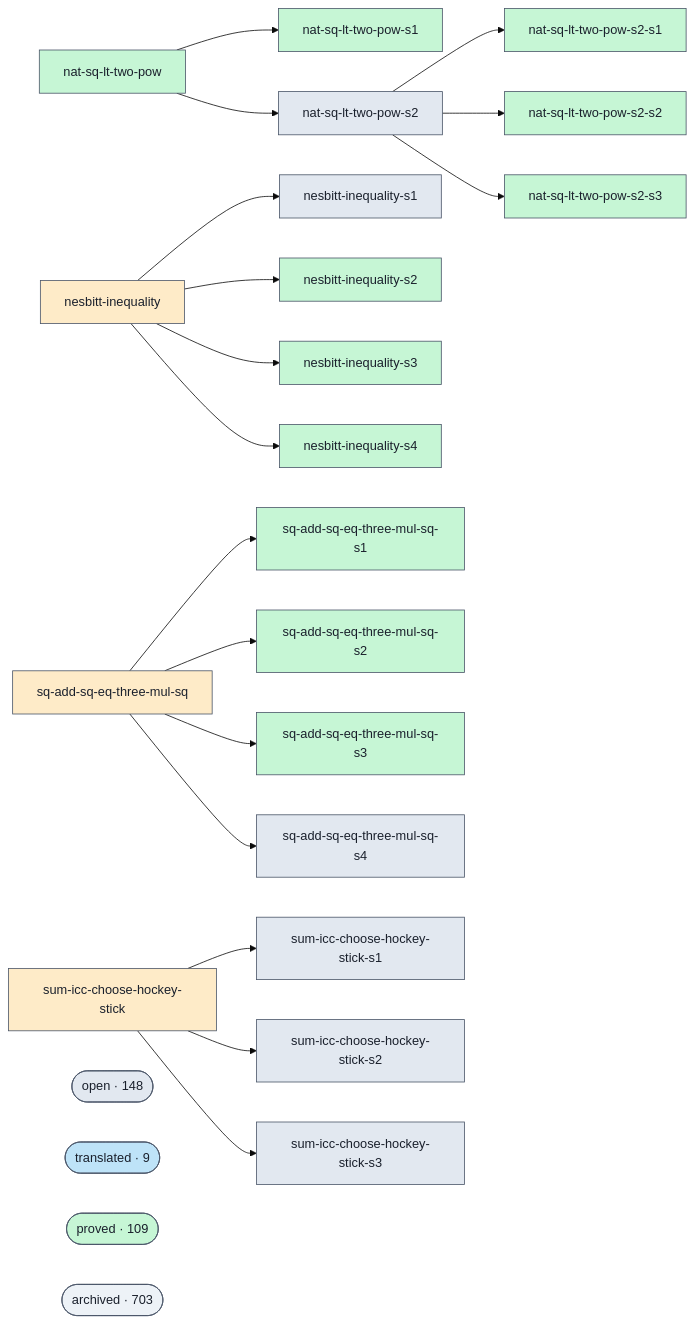
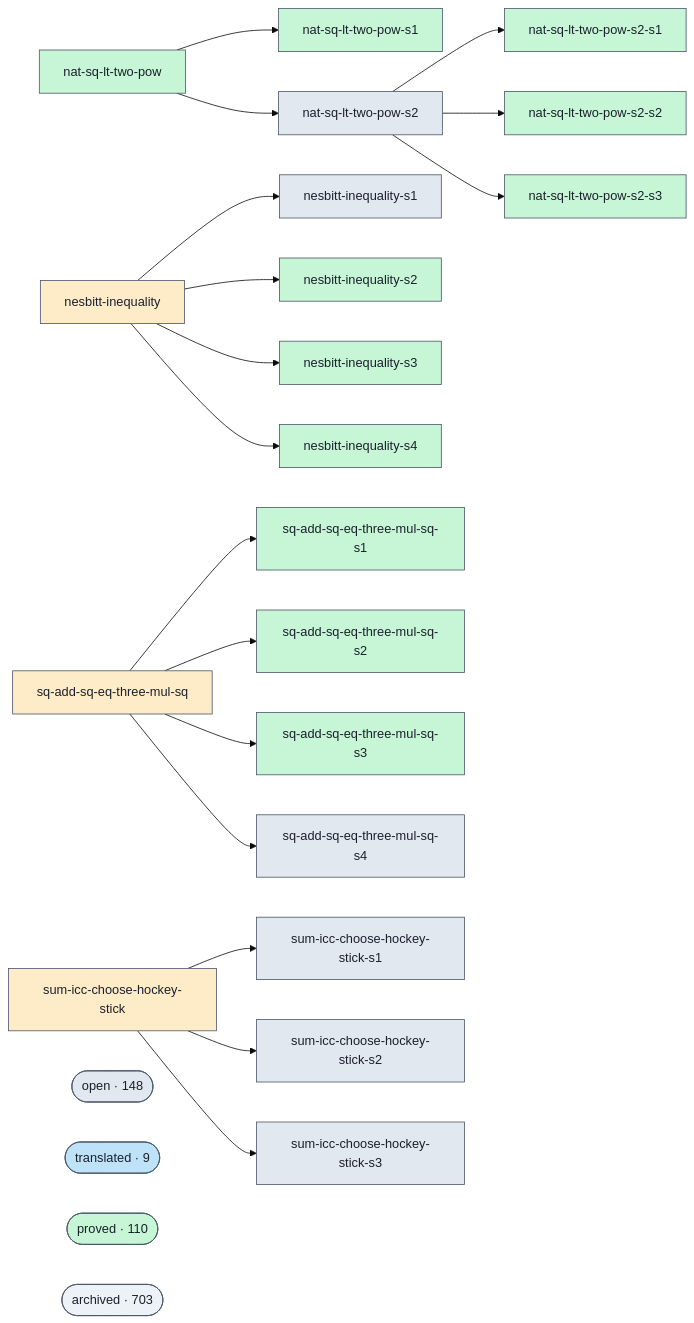
One commit to ohdearquant/unsorry changed the diagram in docs/proofs-contributors-visualisation.md. Above: the diagram before and after it, drawn with Mermaid (base theme). The commit also changed other lines of this file and 2 other files, not shown here.

```diff
--- a/docs/proofs-contributors-visualisation.md
+++ b/docs/proofs-contributors-visualisation.md
@@ -102,7 +102,7 @@
   class cluster_open open;
   cluster_translated(["translated · 9"])
   class cluster_translated translated;
-  cluster_proved(["proved · 109"])
+  cluster_proved(["proved · 110"])
   class cluster_proved proved;
   cluster_archived(["archived · 703"])
   class cluster_archived unknown;
```
